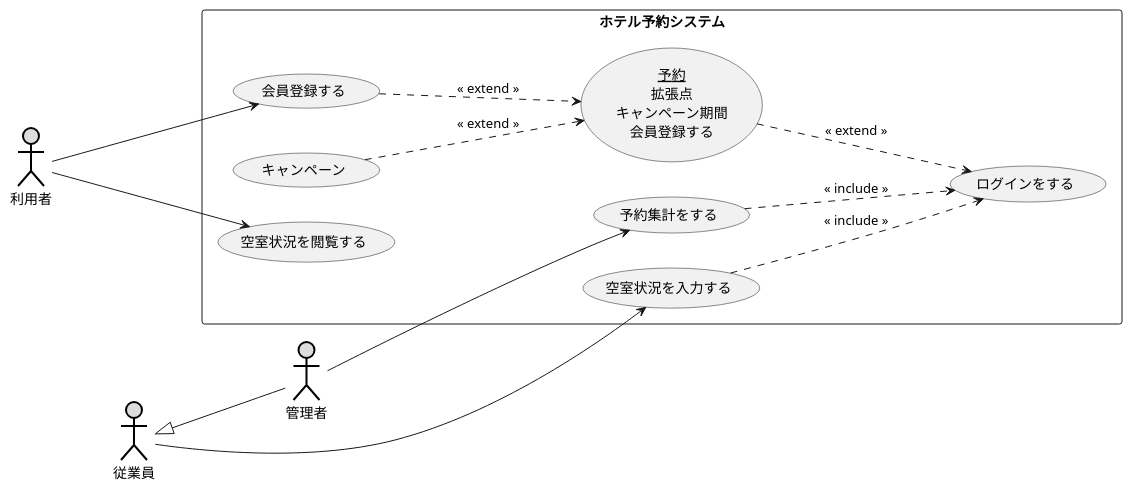
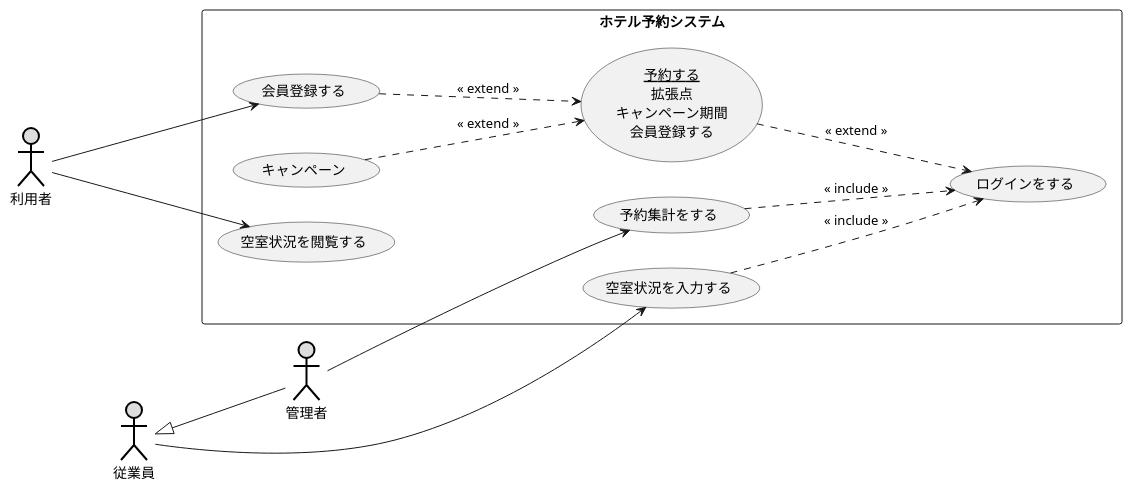
One commit to Raiki215/uml-introduction changed the diagram in 演習2-8_UC_ホテル予約システム.pu. Above: the diagram before and after it, drawn with PlantUML.

Commit message:
やり直し3

```diff
--- a/演習2-8_UC_ホテル予約システム.pu
+++ b/演習2-8_UC_ホテル予約システム.pu
@@ -1,40 +1,40 @@
 @startuml
 
 left to right direction
 
 actor 利用者 as user #DDDDDD;line:black;line.bold;
 actor 従業員 as employee #DDDDDD;line:black;line.bold;
 actor 管理者 as admin #DDDDDD;line:black;line.bold;
 
 rectangle ホテル予約システム {
     usecase 会員登録する 
     usecase キャンペーン
     usecase 空室状況を閲覧する
     usecase 予約集計をする
     usecase 空室状況を入力する
-    usecase (<u>予約</u>\n拡張点\nキャンペーン期間\n会員登録する) as input
+    usecase (<u>予約する</u>\n拡張点\nキャンペーン期間\n会員登録する) as input
     usecase ログインをする
 }
 
 
     user ---> 会員登録する
     user ---> 空室状況を閲覧する
 
     会員登録する ...> input : <<  extend  >>
     キャンペーン ...> input : <<  extend  >>
     input ...> ログインをする : <<  extend  >>
 
     予約集計をする ...> ログインをする : <<  include  >>
     空室状況を入力する ...> ログインをする : <<  include  >>
 
     employee <|-- admin
 
     admin ---> 予約集計をする
 
     employee ---> 空室状況を入力する
 
 
 
 
 
 @enduml
```
